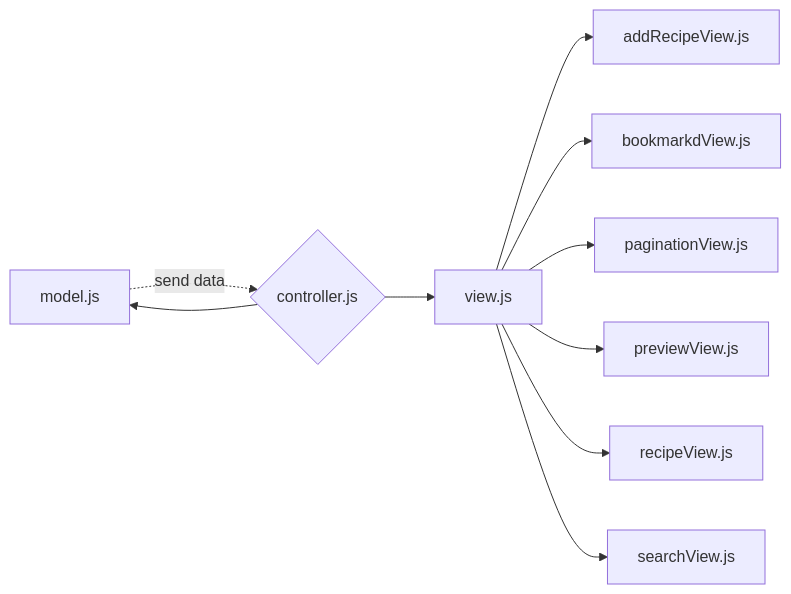
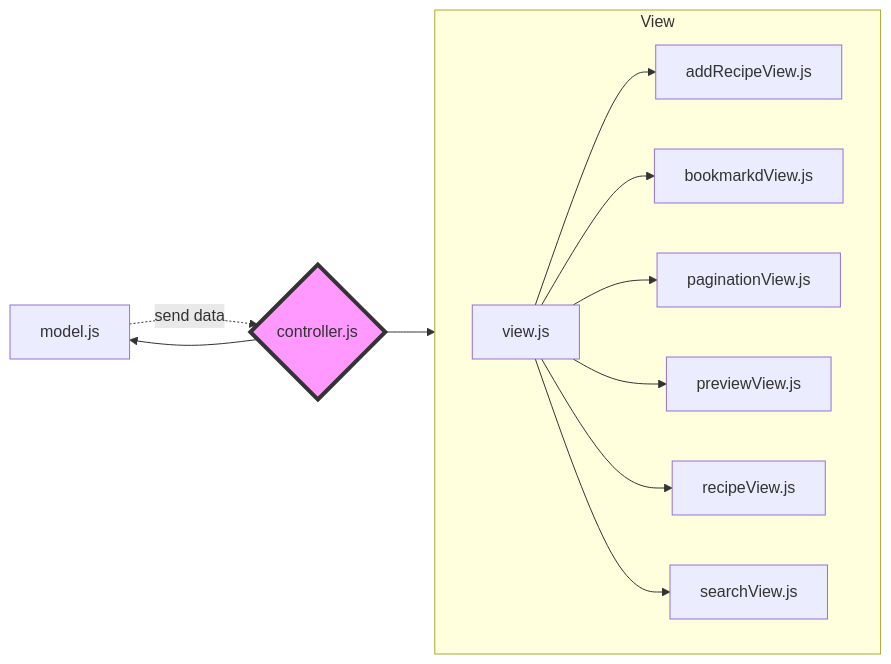
The second of 2 diagrams in mermaidTest.md (TorinZhou/Study-Notes), drawn with Mermaid before and after one commit.

````diff
--- a/mermaidTest.md
+++ b/mermaidTest.md
@@ -16,11 +16,17 @@
 ```mermaid
 flowchart LR
   model.js -.send data.-> controller.js{controller.js}
-  controller.js{controller.js} --> model.js & view.js
+  controller.js{controller.js} --> model.js
+  controller.js{controller.js} --> View
+  subgraph View
+  direction LR
   view.js --> addRecipeView.js
   view.js --> bookmarkdView.js
   view.js --> paginationView.js
   view.js --> previewView.js
   view.js --> recipeView.js
   view.js --> searchView.js
+  end
+
+style controller.js fill:#f9f,stroke:#333,stroke-width:4px
 ```
````
